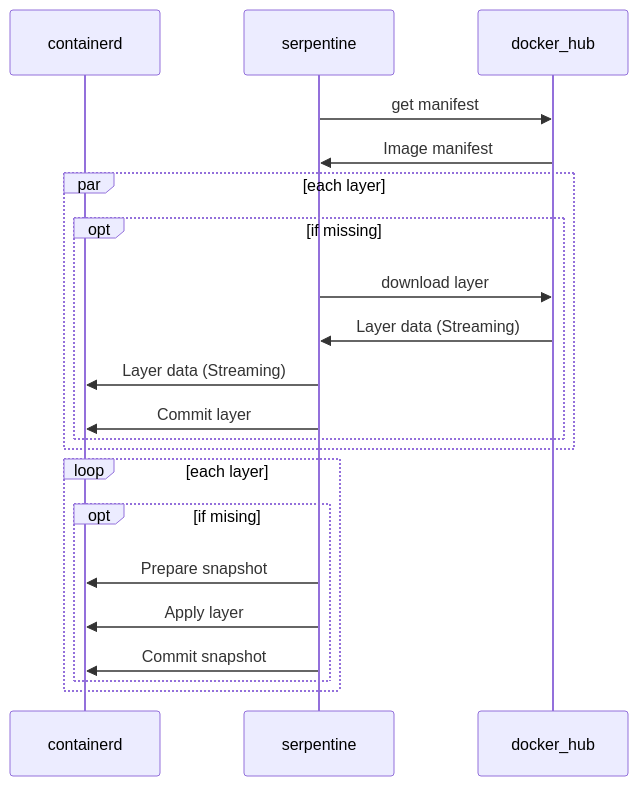
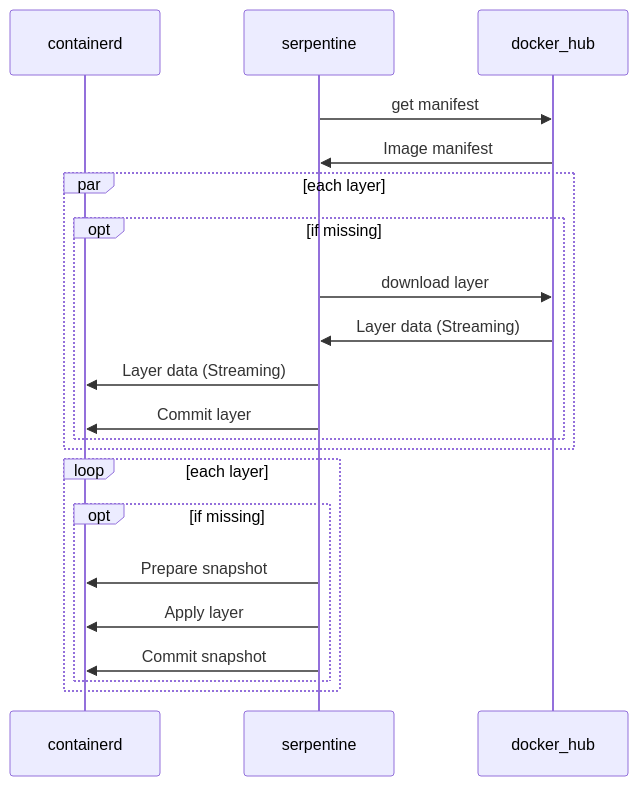
One commit to Serpent-Tools/serpentine changed the second of 5 diagrams in book/src/containerd.md. Above: the diagram before and after it, drawn with Mermaid. The commit also changed other lines of this file and 16 other files, not shown here.

````diff
--- a/book/src/containerd.md
+++ b/book/src/containerd.md
@@ -31,27 +31,27 @@
 ```mermaid
 sequenceDiagram
     participant containerd
     participant serpentine
     participant docker_hub
 
     serpentine ->> docker_hub : get manifest
     docker_hub ->> serpentine : Image manifest
 
     par each layer
         opt if missing
             serpentine ->> docker_hub : download layer
             docker_hub ->> serpentine : Layer data (Streaming)
             serpentine ->> containerd : Layer data (Streaming)
 
             serpentine ->> containerd : Commit layer
         end
     end
 
     loop each layer
-        opt if mising 
+        opt if missing 
             serpentine ->> containerd : Prepare snapshot
             serpentine ->> containerd : Apply layer
             serpentine ->> containerd : Commit snapshot
         end
     end
 ```
````
